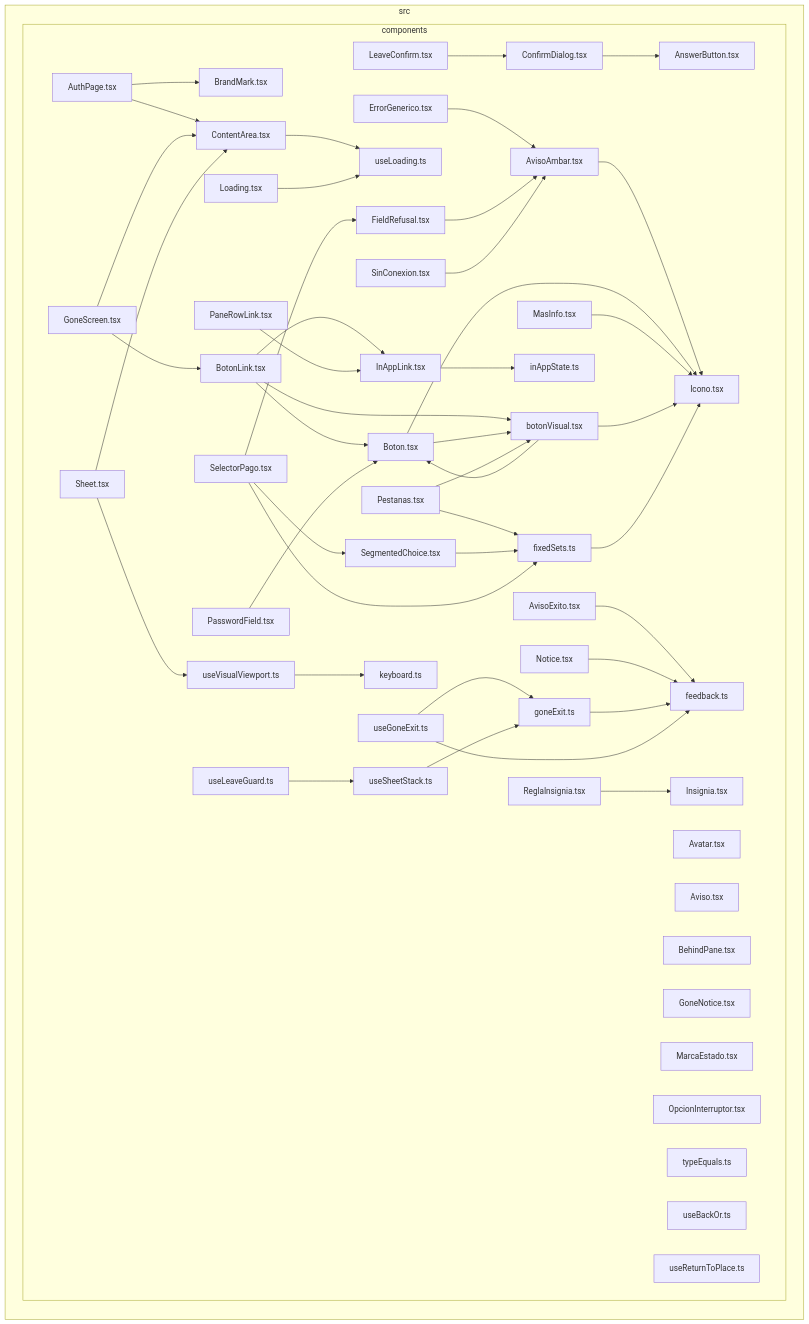
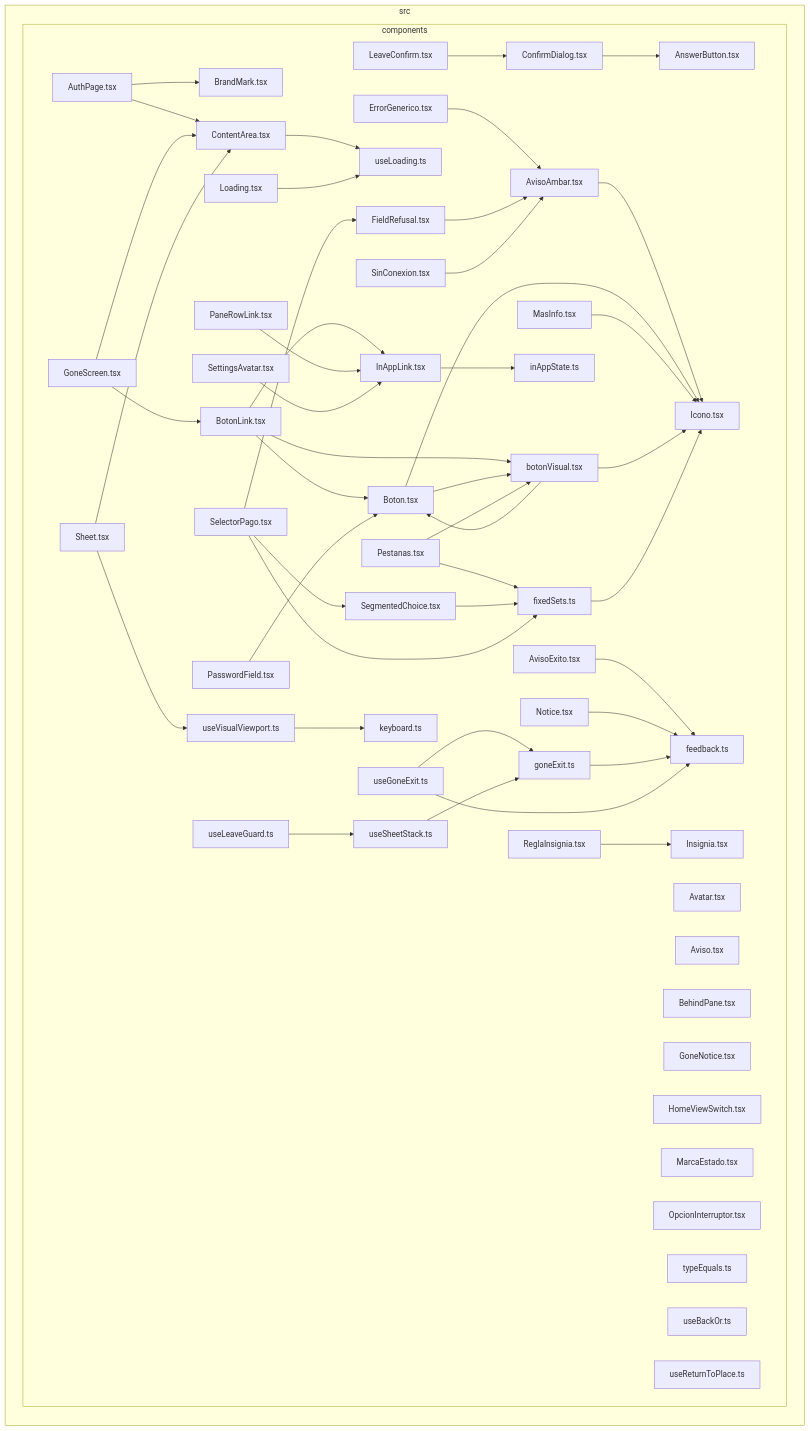
The diagram in docs/architecture/generated/front-modules/components.md (GonzaloZevallos/apostrophe), drawn with Mermaid before and after one commit. The commit also changed 5 other files, not shown here.

```diff
--- a/docs/architecture/generated/front-modules/components.md
+++ b/docs/architecture/generated/front-modules/components.md
@@ -24,6 +24,7 @@
     src_components_FieldRefusal_tsx["FieldRefusal.tsx"]
     src_components_GoneNotice_tsx["GoneNotice.tsx"]
     src_components_GoneScreen_tsx["GoneScreen.tsx"]
+    src_components_HomeViewSwitch_tsx["HomeViewSwitch.tsx"]
     src_components_Icono_tsx["Icono.tsx"]
     src_components_InAppLink_tsx["InAppLink.tsx"]
     src_components_Insignia_tsx["Insignia.tsx"]
@@ -39,6 +40,7 @@
     src_components_ReglaInsignia_tsx["ReglaInsignia.tsx"]
     src_components_SegmentedChoice_tsx["SegmentedChoice.tsx"]
     src_components_SelectorPago_tsx["SelectorPago.tsx"]
+    src_components_SettingsAvatar_tsx["SettingsAvatar.tsx"]
     src_components_Sheet_tsx["Sheet.tsx"]
     src_components_SinConexion_tsx["SinConexion.tsx"]
     src_components_botonVisual_tsx["botonVisual.tsx"]
@@ -86,6 +88,7 @@
 src_components_SelectorPago_tsx-->src_components_FieldRefusal_tsx
 src_components_SelectorPago_tsx-->src_components_SegmentedChoice_tsx
 src_components_SelectorPago_tsx-->src_components_fixedSets_ts
+src_components_SettingsAvatar_tsx-->src_components_InAppLink_tsx
 src_components_Sheet_tsx-->src_components_ContentArea_tsx
 src_components_Sheet_tsx-->src_components_useVisualViewport_ts
 src_components_SinConexion_tsx-->src_components_AvisoAmbar_tsx
```
